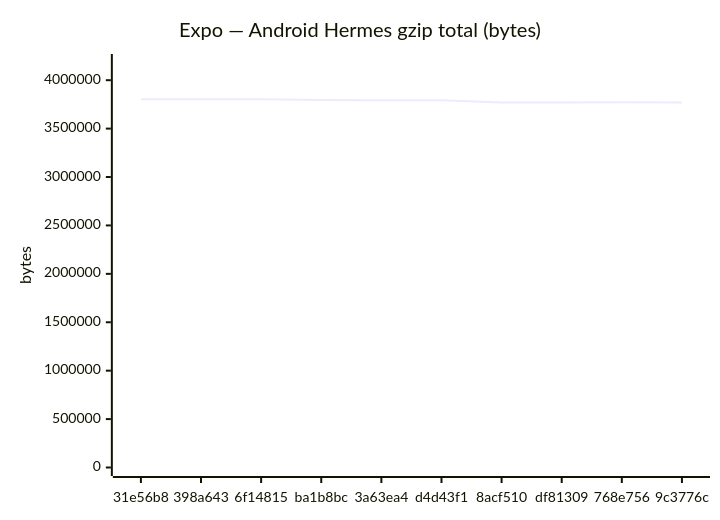
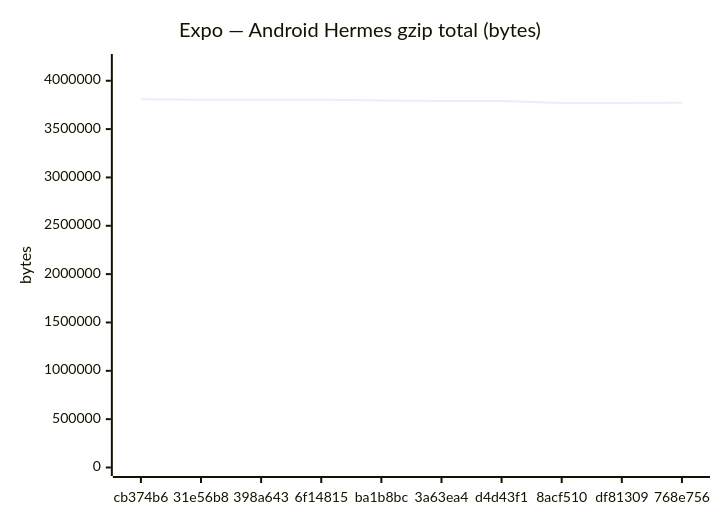
One commit to Metaheurist/Rianell changed the fifth of 18 diagrams in benchmarks/compare.md. Above: the diagram before and after it, drawn with Mermaid. The commit also changed other lines of this file and 11 other files, not shown here.

````diff
--- a/benchmarks/compare.md
+++ b/benchmarks/compare.md
@@ -89,7 +89,7 @@
 ```mermaid
 xychart-beta
     title "Expo — Android Hermes gzip total (bytes)"
-    x-axis ["31e56b8", "398a643", "6f14815", "ba1b8bc", "3a63ea4", "d4d43f1", "8acf510", "df81309", "768e756", "9c3776c"]
-    y-axis "bytes" 0 --> 4182782
-    line [3802529, 3802528, 3802527, 3796378, 3791714, 3791716, 3770636, 3770634, 3771343, 3770634]
+    x-axis ["cb374b6", "31e56b8", "398a643", "6f14815", "ba1b8bc", "3a63ea4", "d4d43f1", "8acf510", "df81309", "768e756"]
+    y-axis "bytes" 0 --> 4188742
+    line [3807947, 3802529, 3802528, 3802527, 3796378, 3791714, 3791716, 3770636, 3770634, 3771343]
 ```
````
